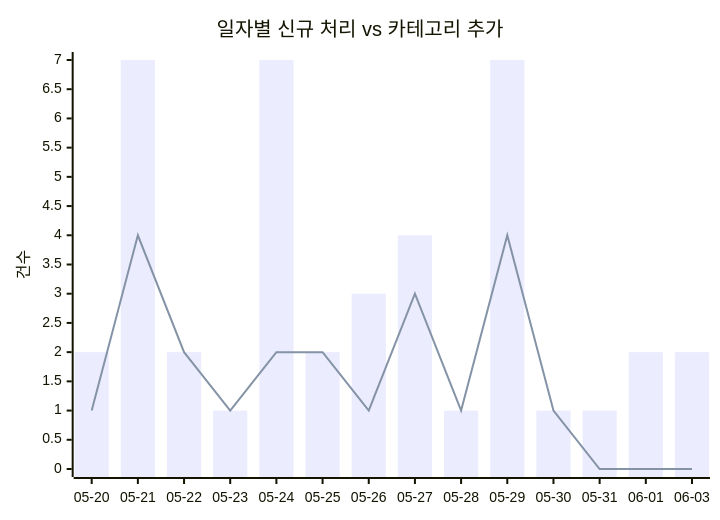
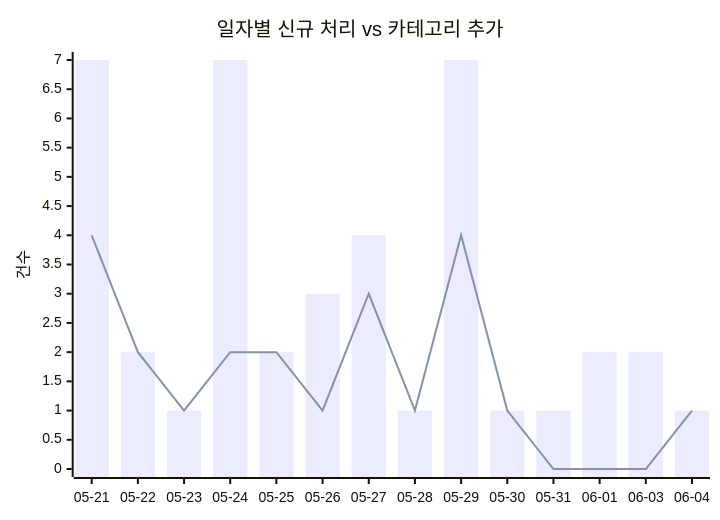
One commit to J-nowcow/awesome-korean-agent-skills changed the first of 2 diagrams in docs/trends.md. Above: the diagram before and after it, drawn with Mermaid. The commit also changed other lines of this file and 4 other files, not shown here.

````diff
--- a/docs/trends.md
+++ b/docs/trends.md
@@ -32,8 +32,8 @@
 ```mermaid
 xychart-beta
     title "일자별 신규 처리 vs 카테고리 추가"
-    x-axis ["05-20","05-21","05-22","05-23","05-24","05-25","05-26","05-27","05-28","05-29","05-30","05-31","06-01","06-03"]
+    x-axis ["05-21","05-22","05-23","05-24","05-25","05-26","05-27","05-28","05-29","05-30","05-31","06-01","06-03","06-04"]
     y-axis "건수"
-    bar [2,7,2,1,7,2,3,4,1,7,1,1,2,2]
-    line [1,4,2,1,2,2,1,3,1,4,1,0,0,0]
+    bar [7,2,1,7,2,3,4,1,7,1,1,2,2,1]
+    line [4,2,1,2,2,1,3,1,4,1,0,0,0,1]
 ```
````
